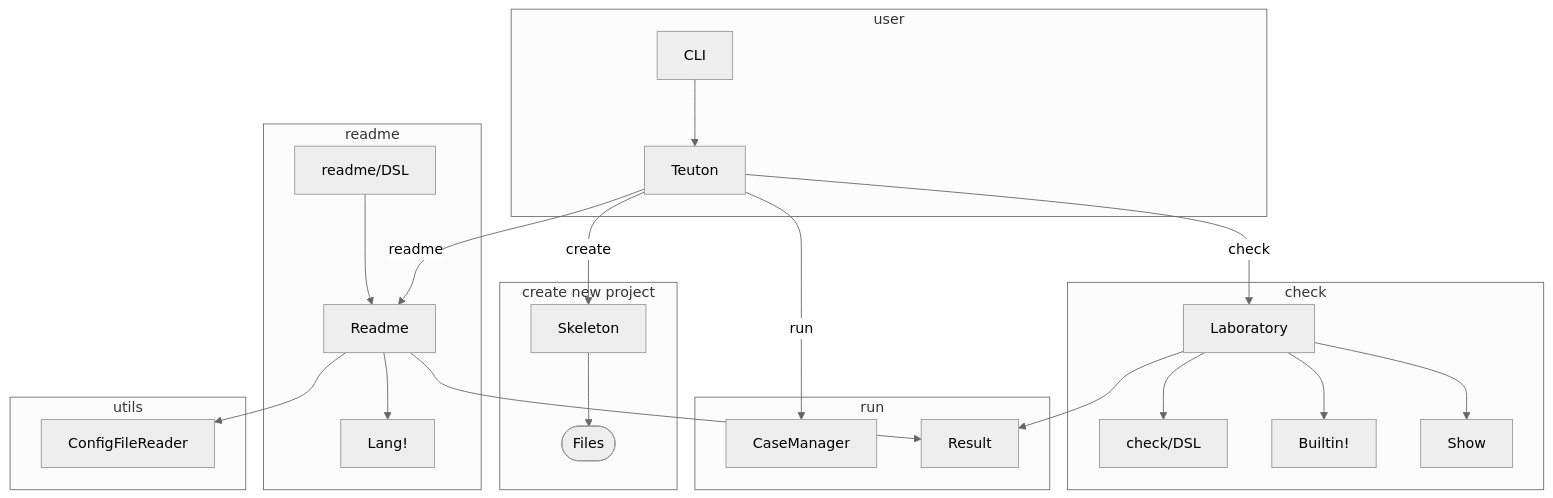
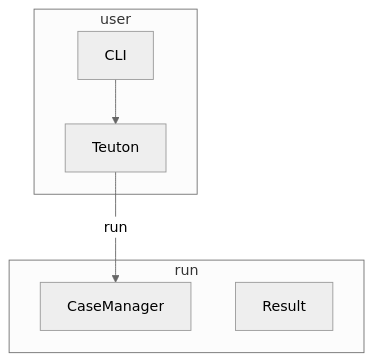
One commit to teuton-software/teuton changed the second of 2 diagrams in docs/diagram.md. Above: the diagram before and after it, drawn with Mermaid (neutral theme).

````diff
--- a/docs/diagram.md
+++ b/docs/diagram.md
@@ -40,39 +40,12 @@
 ```mermaid
 flowchart TB
 
 subgraph user
   CLI --> Teuton
 end
 
-subgraph "create new project"
-  Teuton -- create --> Skeleton
-  Skeleton --> Files([Files])
-end
-
 subgraph run
   Teuton -- run --> CaseManager
   Result
 end
-
-
-subgraph check
-  Teuton -- check --> Laboratory
-
-  Laboratory --> check/DSL
-  Laboratory --> Builtin!
-  Laboratory --> Show
-  Laboratory --> Result
-end
-
-subgraph readme
-  Teuton -- readme --> Readme
-
-  readme/DSL --> Readme
-  Readme --> Lang!  
-end
-
-subgraph utils
-  Readme --> ConfigFileReader
-  Readme --> Result
-end
 ```
````
